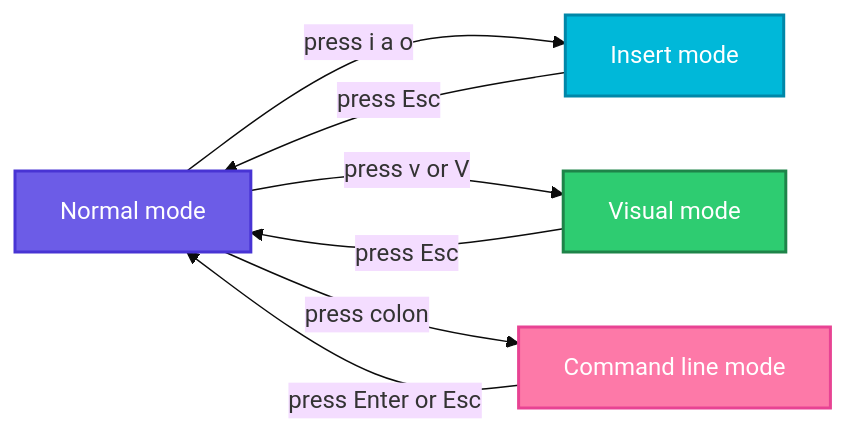
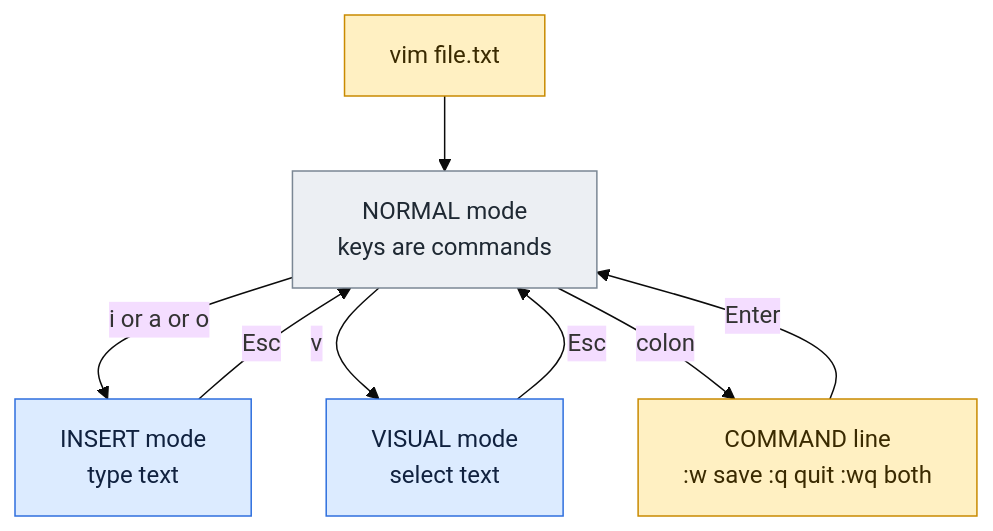
One commit to codeKerdosTech/DevOps-Documentation changed the diagram in linux/editors/vim.md. Above: the diagram before and after it, drawn with Mermaid (base theme). The commit also changed other lines of this file and 165 other files, not shown here.

Commit message:
updated diagrams in linux

````diff
--- a/linux/editors/vim.md
+++ b/linux/editors/vim.md
@@ -20,17 +20,18 @@
 ```mermaid
-flowchart LR
-    A[Normal mode] -->|press i a o| B[Insert mode]
-    B -->|press Esc| A
-    A -->|press v or V| C[Visual mode]
-    C -->|press Esc| A
-    A -->|press colon| D[Command line mode]
-    D -->|press Enter or Esc| A
-    classDef start fill:#6C5CE7,stroke:#4834D4,stroke-width:2px,color:#fff
-    classDef proc fill:#00B8D9,stroke:#0087A8,stroke-width:2px,color:#fff
-    classDef ok fill:#2ECC71,stroke:#1E8449,stroke-width:2px,color:#fff
-    classDef out fill:#FD79A8,stroke:#E84393,stroke-width:2px,color:#fff
-    class A start
-    class B proc
-    class C ok
-    class D out
+flowchart TD
+    c1[vim file.txt] --> n1[NORMAL mode<br/>keys are commands]
+    n1 -->|i or a or o| i1[INSERT mode<br/>type text]
+    i1 -->|Esc| n1
+    n1 -->|v| i2[VISUAL mode<br/>select text]
+    i2 -->|Esc| n1
+    n1 -->|colon| c2[COMMAND line<br/>:w save   :q quit   :wq both]
+    c2 -->|Enter| n1
+    classDef inp fill:#DCEBFF,stroke:#2F6FDE,color:#10213F
+    classDef cmd fill:#FFF0C2,stroke:#C98A00,color:#3A2A00
+    classDef out fill:#D9F5E3,stroke:#1F9D55,color:#0B2E1A
+    classDef bad fill:#FDE0E0,stroke:#D13B3B,color:#4A0F0F
+    classDef note fill:#ECEFF3,stroke:#7B8794,color:#1F2933
+    class c1,c2 cmd
+    class n1 note
+    class i1,i2 inp
 ```
````
